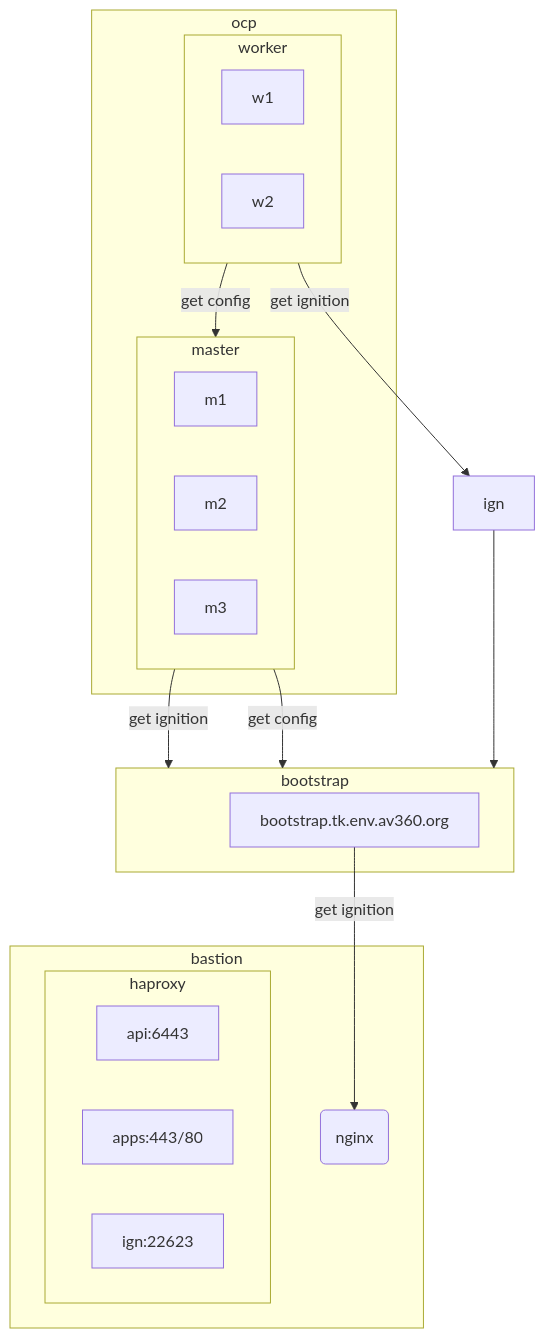
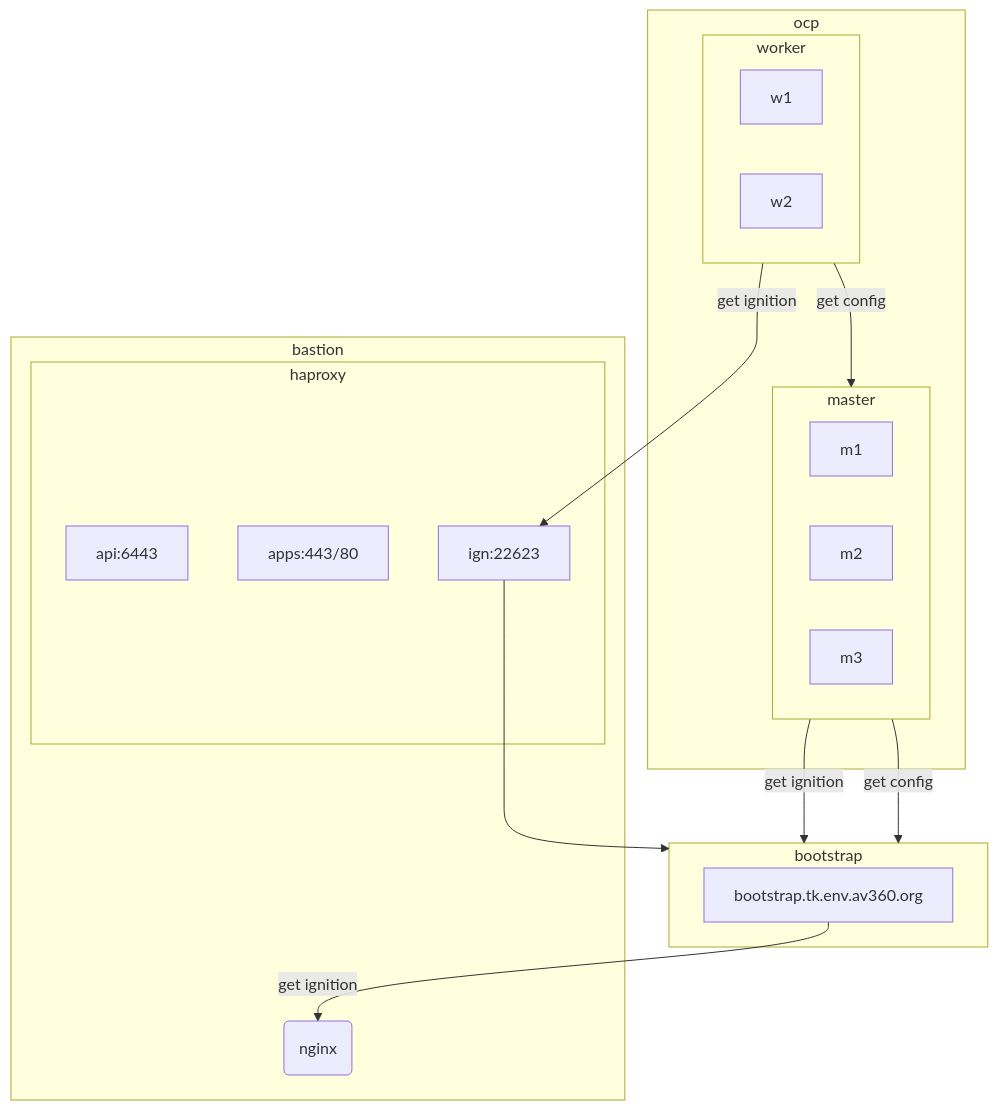
One commit to tkops/ocp4 changed the diagram in README.md. Above: the diagram before and after it, drawn with Mermaid.

````diff
--- a/README.md
+++ b/README.md
@@ -3,27 +3,29 @@
 ```mermaid
 flowchart TD
     subgraph ocp
        subgraph master
            m1;m2;m3
         end
         subgraph worker
           w1;w2
         end
     end
     subgraph bootstrap
       b1[bootstrap.tk.env.av360.org]
     end
     subgraph bastion
       n1(nginx)
       subgraph haproxy
-         api:6443;apps:443/80;ign:22623
+         h1[api:6443]
+         h2[apps:443/80]
+         h3[ign:22623]
       end
     end
     b1 --get ignition--> n1
     master --get ignition--> bootstrap
     master --get config--> bootstrap
-    worker --get ignition--> ign --> bootstrap
+    worker --get ignition--> h3 --> bootstrap
     worker --get config--> master
 
     
 ```
````
